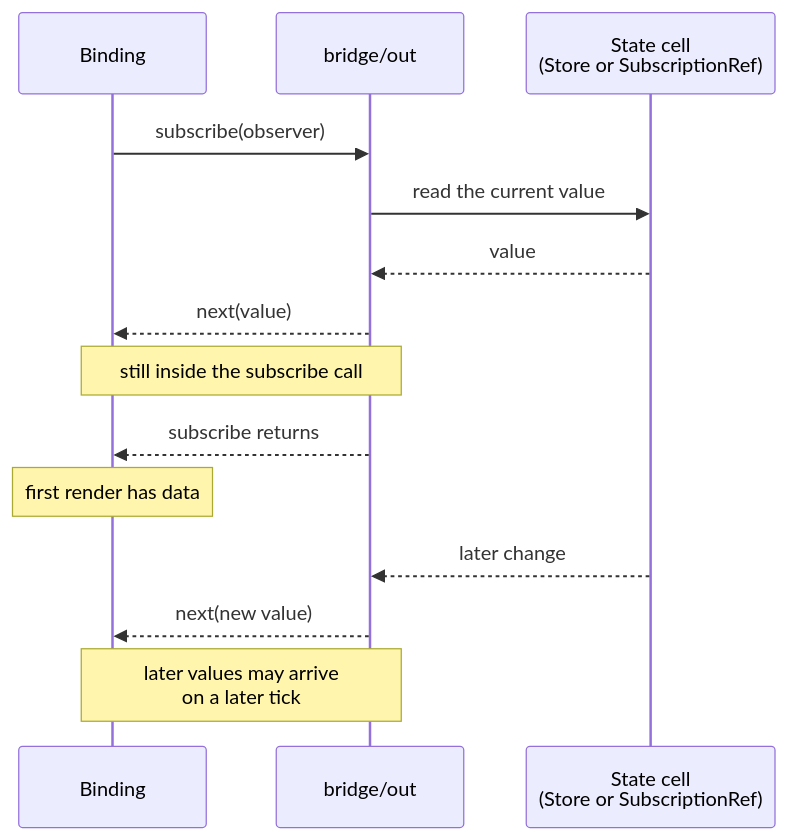
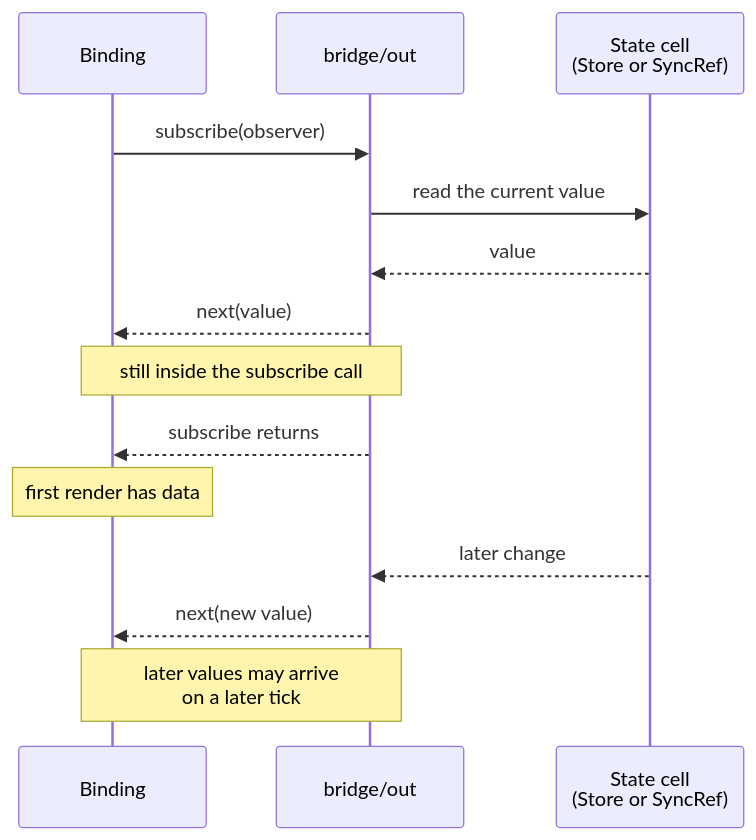
Before and after one commit to bettersoftware-io/ReactiveTraderCloudClone: the tenth of 17 diagrams in docs/architecture/23-application-cores-explained.md, drawn with Mermaid. The commit also changed other lines of this file and 54 other files, not shown here.

````diff
--- a/docs/architecture/23-application-cores-explained.md
+++ b/docs/architecture/23-application-cores-explained.md
@@ -582,17 +582,17 @@
 ```mermaid
 sequenceDiagram
   participant B as Binding
   participant O as bridge/out
-  participant C as State cell<br/>(Store or SubscriptionRef)
+  participant C as State cell<br/>(Store or SyncRef)
 
   B->>O: subscribe(observer)
   O->>C: read the current value
   C-->>O: value
   O-->>B: next(value)
   Note over B,O: still inside the subscribe call
   O-->>B: subscribe returns
   Note over B: first render has data
   C-->>O: later change
   O-->>B: next(new value)
   Note over B,O: later values may arrive<br/>on a later tick
 ```
````
